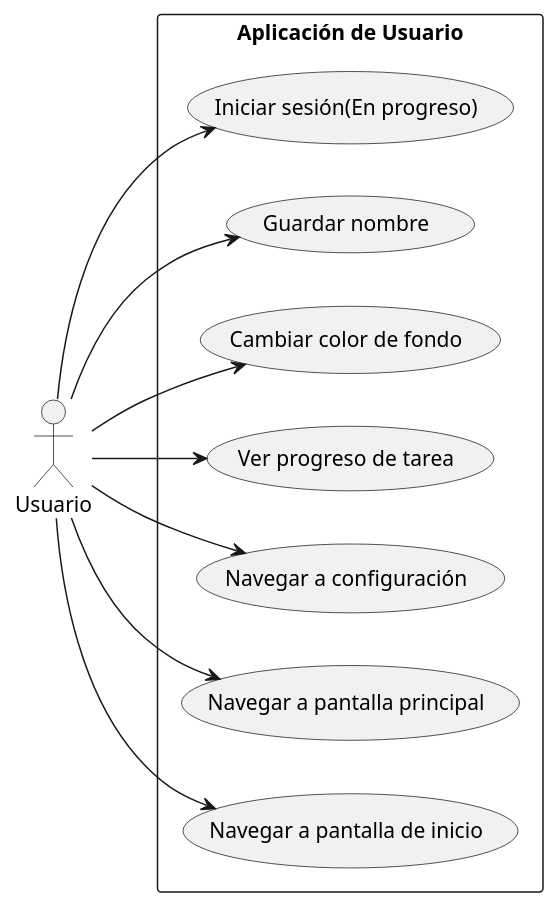
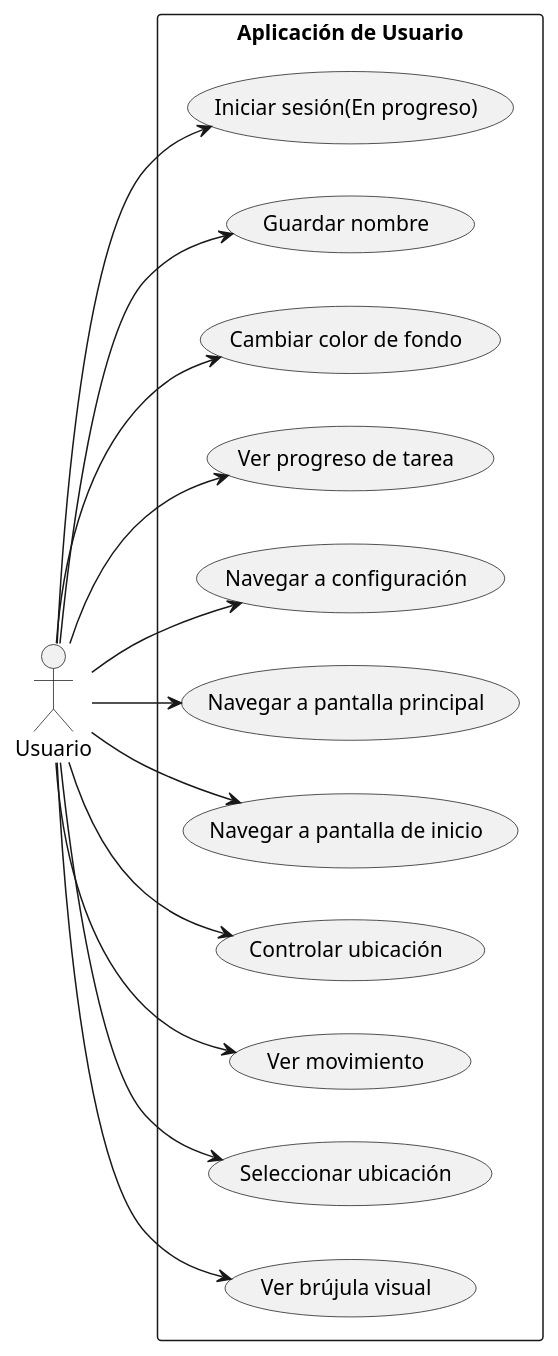
One commit to Programacion-Eventos/Tema1PrimerosPasosyExperienciadeUsuario changed the diagram in app/src/main/java/uml/Diagrama-CasosDeUso.puml. Above: the diagram before and after it, drawn with PlantUML. The commit also changed 1 other file, not shown here.

Commit message:
Adaptacion Diagramas
Ante la adicion de toda la mecanica de ubicacion y cambio de color por proximidad aniadimos cambios a los diagramas

```diff
--- a/app/src/main/java/uml/Diagrama-CasosDeUso.puml
+++ b/app/src/main/java/uml/Diagrama-CasosDeUso.puml
@@ -1,24 +1,32 @@
 @startuml
 left to right direction
 
 actor Usuario as User
 
 rectangle "Aplicación de Usuario" {
     usecase "Iniciar sesión(En progreso)" as UC1
     usecase "Guardar nombre" as UC2
     usecase "Cambiar color de fondo" as UC3
     usecase "Ver progreso de tarea" as UC4
     usecase "Navegar a configuración" as UC5
     usecase "Navegar a pantalla principal" as UC6
     usecase "Navegar a pantalla de inicio" as UC7
+    usecase "Controlar ubicación" as UC8
+    usecase "Ver movimiento" as UC9
+    usecase "Seleccionar ubicación" as UC10
+    usecase "Ver brújula visual" as UC11
 }
 
 User --> UC1
 User --> UC2
 User --> UC3
 User --> UC4
 User --> UC5
 User --> UC6
 User --> UC7
+User --> UC8
+User --> UC9
+User --> UC10
+User --> UC11
 
 @enduml
```
